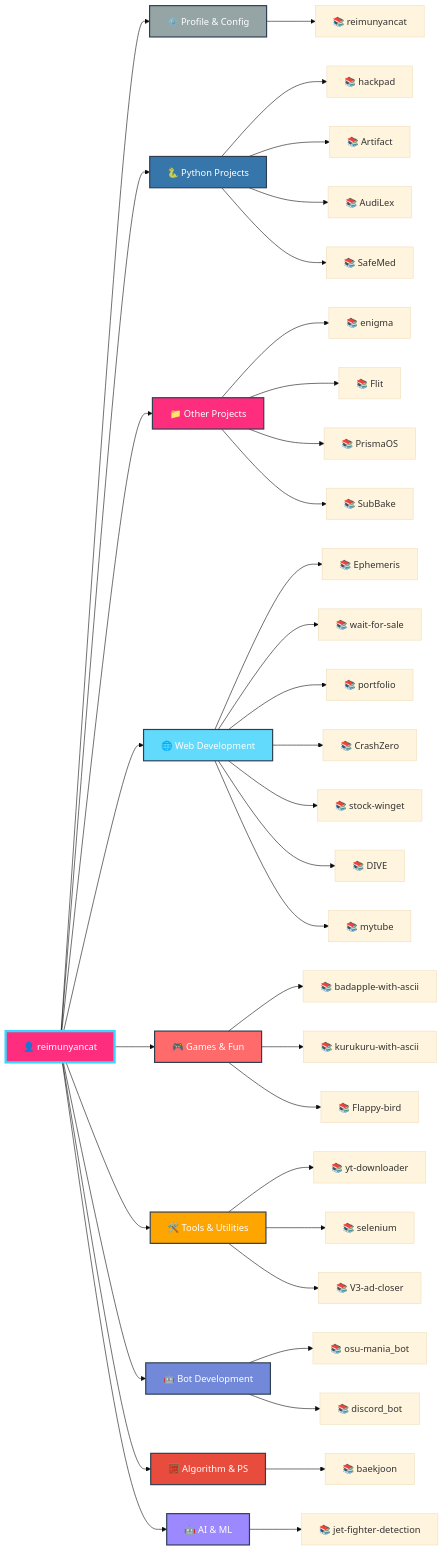
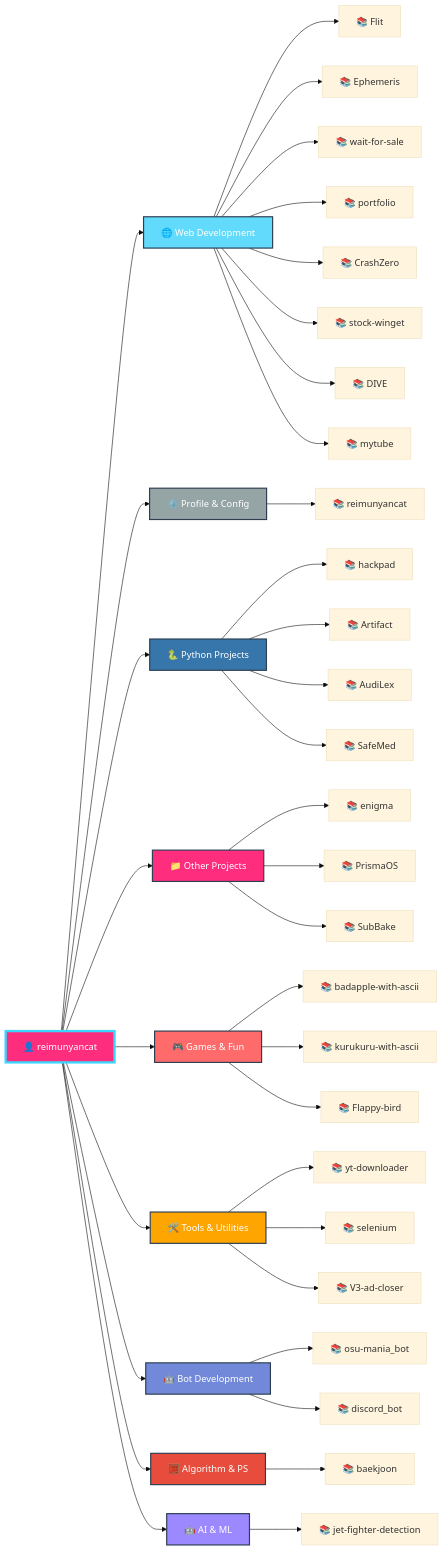
Before and after one commit to reimunyancat/reimunyancat: the diagram in README.md, drawn with Mermaid (base theme). The commit also changed other lines of this file, not shown here.

````diff
--- a/README.md
+++ b/README.md
@@ -158,59 +158,59 @@
 ```mermaid
 graph LR
   A[👤 reimunyancat]
 
-  A --> CAT0[⚙️ Profile & Config]
-  CAT0 --> CAT0_0[📚 reimunyancat]
+  A --> CAT0[🌐 Web Development]
+  CAT0 --> CAT0_0[📚 Flit]
+  CAT0 --> CAT0_1[📚 Ephemeris]
+  CAT0 --> CAT0_2[📚 wait-for-sale]
+  CAT0 --> CAT0_3[📚 portfolio]
+  CAT0 --> CAT0_4[📚 CrashZero]
+  CAT0 --> CAT0_5[📚 stock-winget]
+  CAT0 --> CAT0_6[📚 DIVE]
+  CAT0 --> CAT0_7[📚 mytube]
 
-  A --> CAT1[🐍 Python Projects]
-  CAT1 --> CAT1_0[📚 hackpad]
-  CAT1 --> CAT1_1[📚 Artifact]
-  CAT1 --> CAT1_2[📚 AudiLex]
-  CAT1 --> CAT1_3[📚 SafeMed]
+  A --> CAT1[⚙️ Profile & Config]
+  CAT1 --> CAT1_0[📚 reimunyancat]
 
-  A --> CAT2[📁 Other Projects]
-  CAT2 --> CAT2_0[📚 enigma]
-  CAT2 --> CAT2_1[📚 Flit]
-  CAT2 --> CAT2_2[📚 PrismaOS]
-  CAT2 --> CAT2_3[📚 SubBake]
+  A --> CAT2[🐍 Python Projects]
+  CAT2 --> CAT2_0[📚 hackpad]
+  CAT2 --> CAT2_1[📚 Artifact]
+  CAT2 --> CAT2_2[📚 AudiLex]
+  CAT2 --> CAT2_3[📚 SafeMed]
 
-  A --> CAT3[🌐 Web Development]
-  CAT3 --> CAT3_0[📚 Ephemeris]
-  CAT3 --> CAT3_1[📚 wait-for-sale]
-  CAT3 --> CAT3_2[📚 portfolio]
-  CAT3 --> CAT3_3[📚 CrashZero]
-  CAT3 --> CAT3_4[📚 stock-winget]
-  CAT3 --> CAT3_5[📚 DIVE]
-  CAT3 --> CAT3_6[📚 mytube]
+  A --> CAT3[📁 Other Projects]
+  CAT3 --> CAT3_0[📚 enigma]
+  CAT3 --> CAT3_1[📚 PrismaOS]
+  CAT3 --> CAT3_2[📚 SubBake]
 
   A --> CAT4[🎮 Games & Fun]
   CAT4 --> CAT4_0[📚 badapple-with-ascii]
   CAT4 --> CAT4_1[📚 kurukuru-with-ascii]
   CAT4 --> CAT4_2[📚 Flappy-bird]
 
   A --> CAT5[🛠️ Tools & Utilities]
   CAT5 --> CAT5_0[📚 yt-downloader]
   CAT5 --> CAT5_1[📚 selenium]
   CAT5 --> CAT5_2[📚 V3-ad-closer]
 
   A --> CAT6[🤖 Bot Development]
   CAT6 --> CAT6_0[📚 osu-mania_bot]
   CAT6 --> CAT6_1[📚 discord_bot]
 
   A --> CAT7[🧮 Algorithm & PS]
   CAT7 --> CAT7_0[📚 baekjoon]
 
   A --> CAT8[🤖 AI & ML]
   CAT8 --> CAT8_0[📚 jet-fighter-detection]
 
   style A fill:#FF2D7E,stroke:#3BD6FF,stroke-width:4px,color:#fff
-  style CAT0 fill:#95a5a6,stroke:#2c3e50,stroke-width:2px,color:#fff
-  style CAT1 fill:#3776ab,stroke:#2c3e50,stroke-width:2px,color:#fff
-  style CAT2 fill:#FF2D7E,stroke:#2c3e50,stroke-width:2px,color:#fff
-  style CAT3 fill:#61dafb,stroke:#2c3e50,stroke-width:2px,color:#fff
+  style CAT0 fill:#61dafb,stroke:#2c3e50,stroke-width:2px,color:#fff
+  style CAT1 fill:#95a5a6,stroke:#2c3e50,stroke-width:2px,color:#fff
+  style CAT2 fill:#3776ab,stroke:#2c3e50,stroke-width:2px,color:#fff
+  style CAT3 fill:#FF2D7E,stroke:#2c3e50,stroke-width:2px,color:#fff
   style CAT4 fill:#ff6b6b,stroke:#2c3e50,stroke-width:2px,color:#fff
   style CAT5 fill:#ffa500,stroke:#2c3e50,stroke-width:2px,color:#fff
   style CAT6 fill:#7289da,stroke:#2c3e50,stroke-width:2px,color:#fff
   style CAT7 fill:#e74c3c,stroke:#2c3e50,stroke-width:2px,color:#fff
   style CAT8 fill:#9c88ff,stroke:#2c3e50,stroke-width:2px,color:#fff
 ```
````
